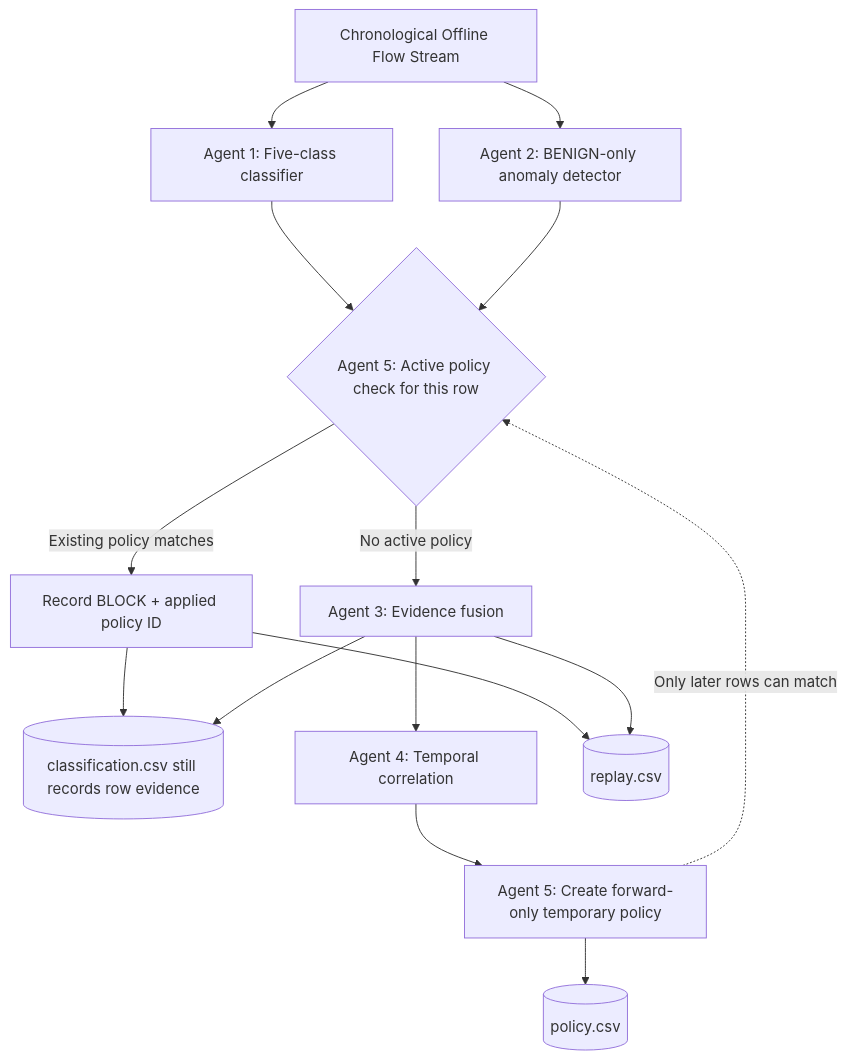
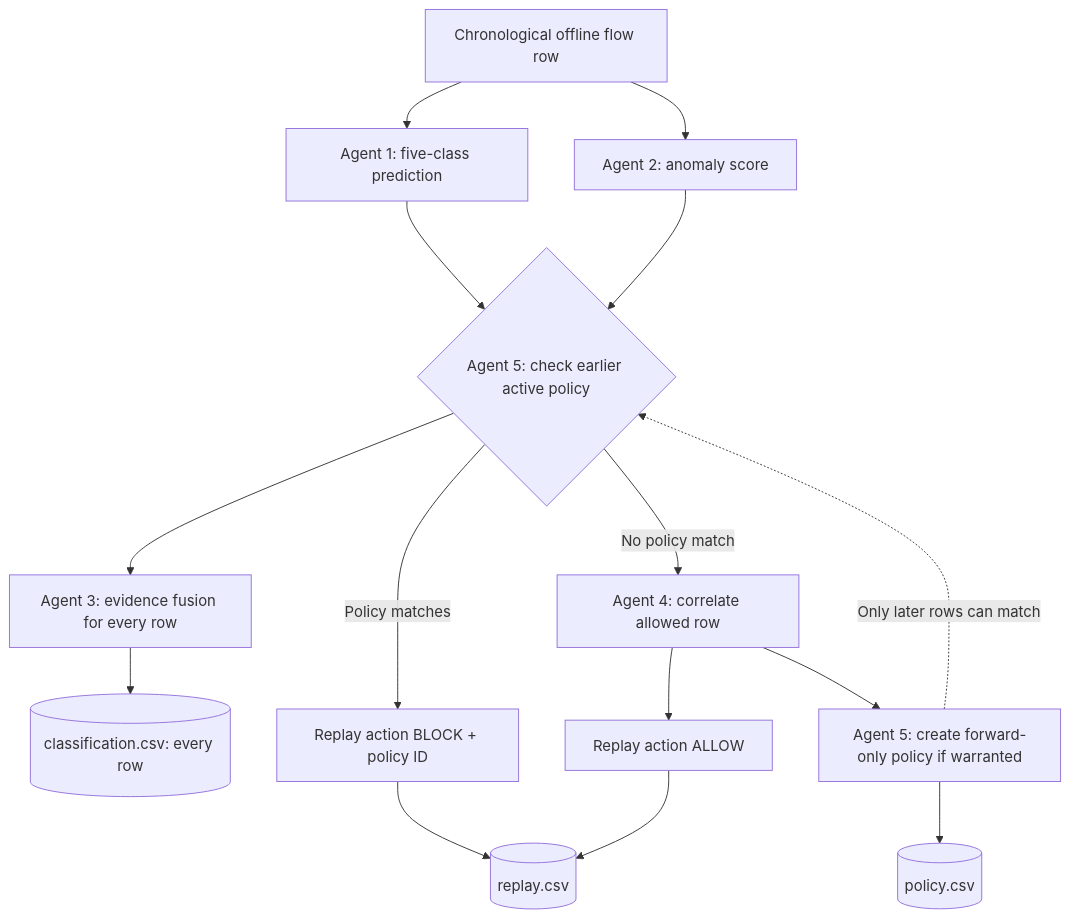
The diagram in docs/architecture.md (Aarush-JIIT-2030/jai), drawn with Mermaid before and after one commit.

Commit message:
docs: clarify per-record policy gate and fusion semantics

````diff
--- a/docs/architecture.md
+++ b/docs/architecture.md
@@ -7,17 +7,17 @@
 ```mermaid
 flowchart TD
-    A[Chronological Offline Flow Stream] --> D1[Agent 1: Five-class classifier]
-    A --> D2[Agent 2: BENIGN-only anomaly detector]
-    D1 --> PF{Agent 5: Active policy check for this row}
+    A[Chronological offline flow row] --> D1[Agent 1: five-class prediction]
+    A --> D2[Agent 2: anomaly score]
+    D1 --> PF{Agent 5: check earlier active policy}
     D2 --> PF
-    PF -->|Existing policy matches| B[Record BLOCK + applied policy ID]
-    PF -->|No active policy| F3[Agent 3: Evidence fusion]
-    B --> C1[(classification.csv still records row evidence)]
-    F3 --> C1
-    F3 --> C4[Agent 4: Temporal correlation]
-    C4 --> R5[Agent 5: Create forward-only temporary policy]
-    R5 --> P[(policy.csv)]
-    B --> R[(replay.csv)]
-    F3 --> R
+    PF --> F3[Agent 3: evidence fusion for every row]
+    F3 --> CLASS[(classification.csv: every row)]
+    PF -->|Policy matches| B[Replay action BLOCK + policy ID]
+    PF -->|No policy match| C4[Agent 4: correlate allowed row]
+    C4 --> R5[Agent 5: create forward-only policy if warranted]
+    R5 --> POLICY[(policy.csv)]
+    B --> REPLAY[(replay.csv)]
+    C4 --> ALLOW[Replay action ALLOW]
+    ALLOW --> REPLAY
     R5 -.->|Only later rows can match| PF
 ```
````
